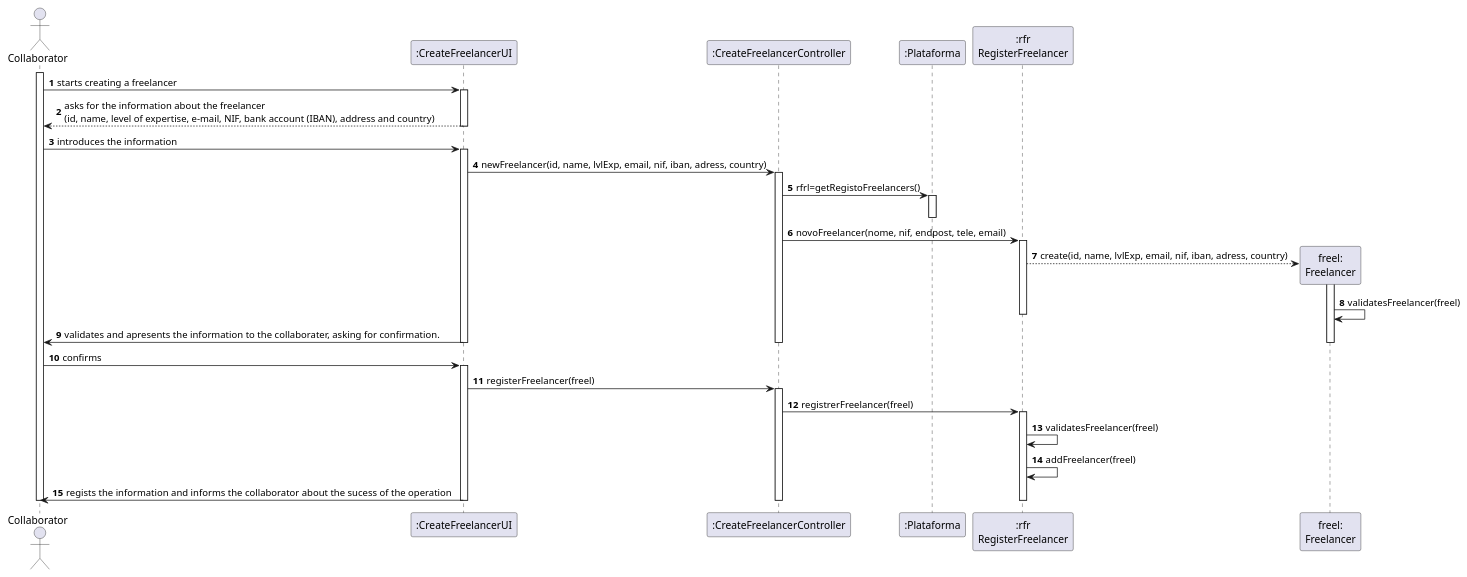
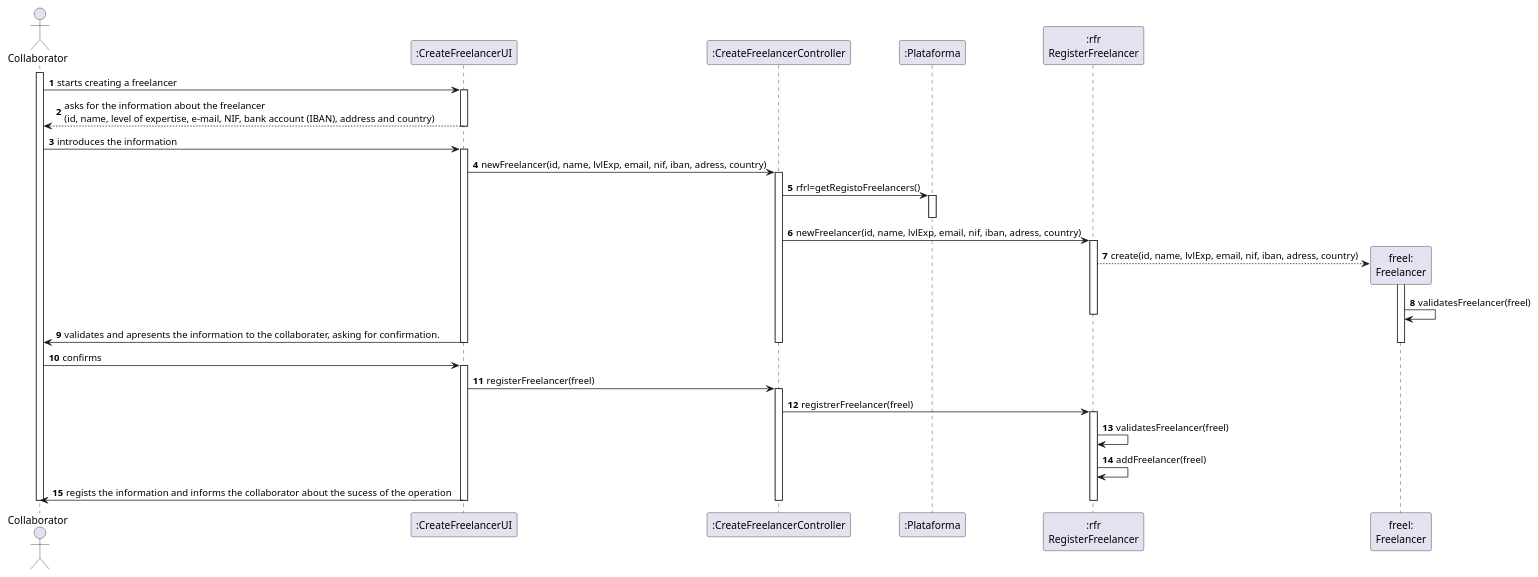
Before and after one commit to pedrolemos4/LAPR2: the diagram in docs/UC1 - Create Freelancer/UC1_SD.puml, drawn with PlantUML. The commit also changed 3 other files, not shown here.

```diff
--- a/docs/UC1 - Create Freelancer/UC1_SD.puml
+++ b/docs/UC1 - Create Freelancer/UC1_SD.puml
@@ -1,61 +1,61 @@
 @startuml
 autonumber
 
 actor "Collaborator" as CO
 participant ":CreateFreelancerUI" as UI
 participant ":CreateFreelancerController" as CTRL
 participant ":Plataforma" as PLAT
 participant ":rfr\nRegisterFreelancer" as RFR
 participant "freel:\nFreelancer" as FREEL
 
 activate CO
 CO -> UI : starts creating a freelancer
 activate UI
 
 UI --> CO : asks for the information about the freelancer \n(id, name, level of expertise, e-mail, NIF, bank account (IBAN), address and country)
 deactivate UI
 
 CO -> UI : introduces the information
 activate UI
 
 UI -> CTRL : newFreelancer(id, name, lvlExp, email, nif, iban, adress, country)
 activate CTRL
 
 CTRL -> PLAT: rfrl=getRegistoFreelancers()
 activate PLAT
 deactivate PLAT
 
-CTRL -> RFR : novoFreelancer(nome, nif, endpost, tele, email)
+CTRL -> RFR : newFreelancer(id, name, lvlExp, email, nif, iban, adress, country)
 activate RFR
 RFR --> FREEL**: create(id, name, lvlExp, email, nif, iban, adress, country)
 activate FREEL
 
 FREEL -> FREEL : validatesFreelancer(freel)
 deactivate RFR
 
 UI -> CO : validates and apresents the information to the collaborater, asking for confirmation.
 deactivate FREEL
 deactivate CTRL
 deactivate UI
 
 CO -> UI : confirms
 activate UI
 
 UI -> CTRL : registerFreelancer(freel)
 activate CTRL
 
 CTRL -> RFR : registrerFreelancer(freel)
 activate RFR 
 
 RFR -> RFR : validatesFreelancer(freel)
 RFR -> RFR : addFreelancer(freel)
 
 UI -> CO : regists the information and informs the collaborator about the sucess of the operation
 deactivate RFR
 deactivate CTRL
 deactivate UI
 
 deactivate CO
 
 
 @enduml
```
